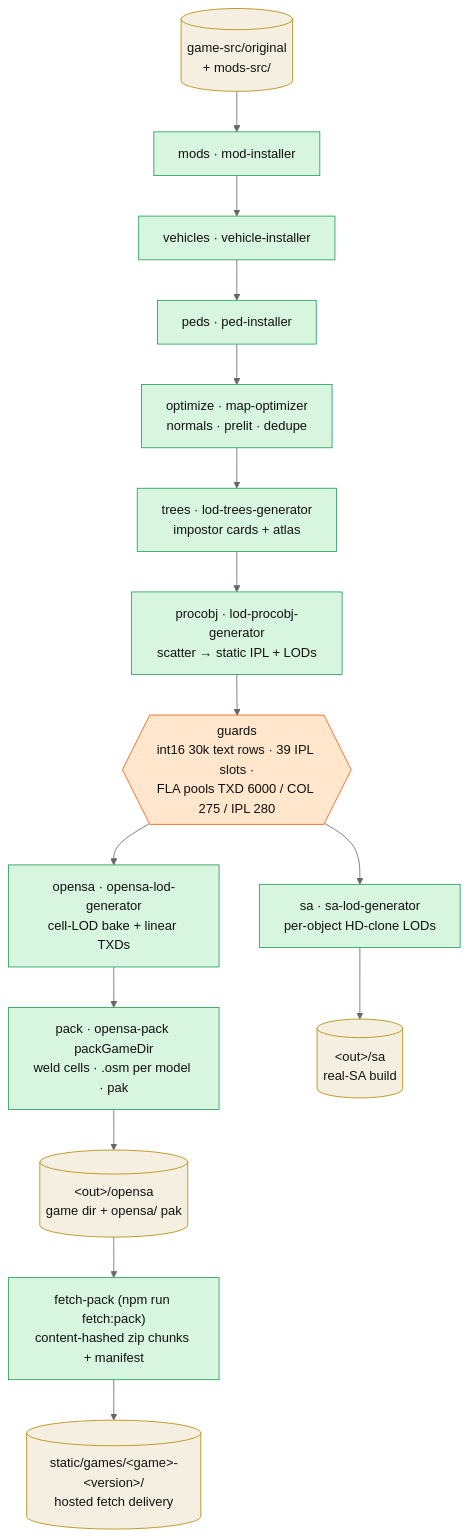
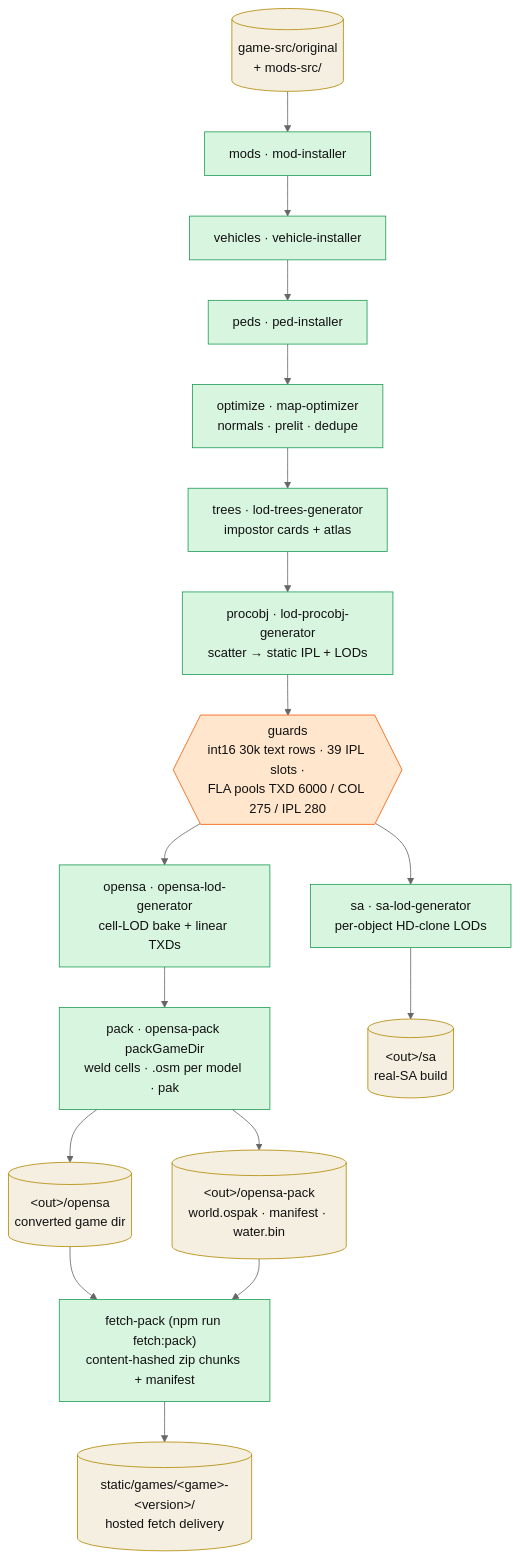
The diagram in docs/architecture/perfect-map-builder.md (sexorcist00/opensa), drawn with Mermaid (neutral theme) before and after one commit. The commit also changed other lines of this file and 21 other files, not shown here.

First line of the commit message:
feat(086): phase 7 — the pak leaves the game dir into the opensa-pack sibling

````diff
--- a/docs/architecture/perfect-map-builder.md
+++ b/docs/architecture/perfect-map-builder.md
@@ -20,28 +20,31 @@
 ```mermaid
 %%| pmb-pipeline
 flowchart TB
   src[("game-src/original<br/>+ mods-src/")]:::data
   mods["mods · mod-installer"]:::stage
   veh["vehicles · vehicle-installer"]:::stage
   peds["peds · ped-installer"]:::stage
   opt["optimize · map-optimizer<br/>normals · prelit · dedupe"]:::stage
   trees["trees · lod-trees-generator<br/>impostor cards + atlas"]:::stage
   proc["procobj · lod-procobj-generator<br/>scatter → static IPL + LODs"]:::stage
   guard{{"guards<br/>int16 30k text rows · 39 IPL slots ·<br/>FLA pools TXD 6000 / COL 275 / IPL 280"}}:::guard
   sa["sa · sa-lod-generator<br/>per-object HD-clone LODs"]:::stage
   oslod["opensa · opensa-lod-generator<br/>cell-LOD bake + linear TXDs"]:::stage
   pack["pack · opensa-pack packGameDir<br/>weld cells · .osm per model · pak"]:::stage
   outsa[("&lt;out&gt;/sa<br/>real-SA build")]:::data
-  outos[("&lt;out&gt;/opensa<br/>game dir + opensa/ pak")]:::data
+  outos[("&lt;out&gt;/opensa<br/>converted game dir")]:::data
+  outpak[("&lt;out&gt;/opensa-pack<br/>world.ospak · manifest · water.bin")]:::data
   fetch["fetch-pack (npm run fetch:pack)<br/>content-hashed zip chunks + manifest"]:::stage
   hosted[("static/games/&lt;game&gt;-&lt;version&gt;/<br/>hosted fetch delivery")]:::data
 
   src --> mods --> veh --> peds --> opt --> trees --> proc --> guard
   guard --> sa --> outsa
   guard --> oslod --> pack --> outos
+  pack --> outpak
   outos --> fetch --> hosted
+  outpak --> fetch
 
   classDef stage fill:#d8f5e0,stroke:#1f9d55,color:#111
   classDef guard fill:#ffe6cc,stroke:#f55c07,color:#111
   classDef data fill:#f5efe1,stroke:#b08900,color:#111
 ```
````
